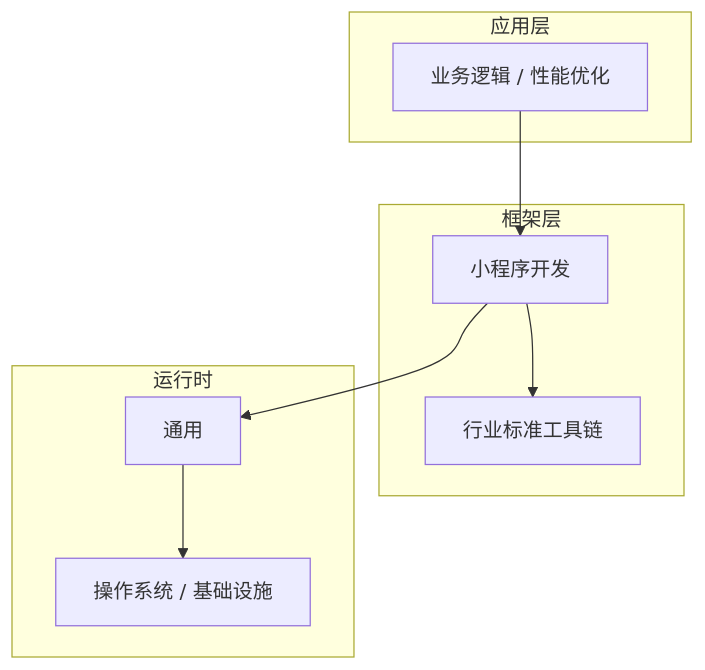
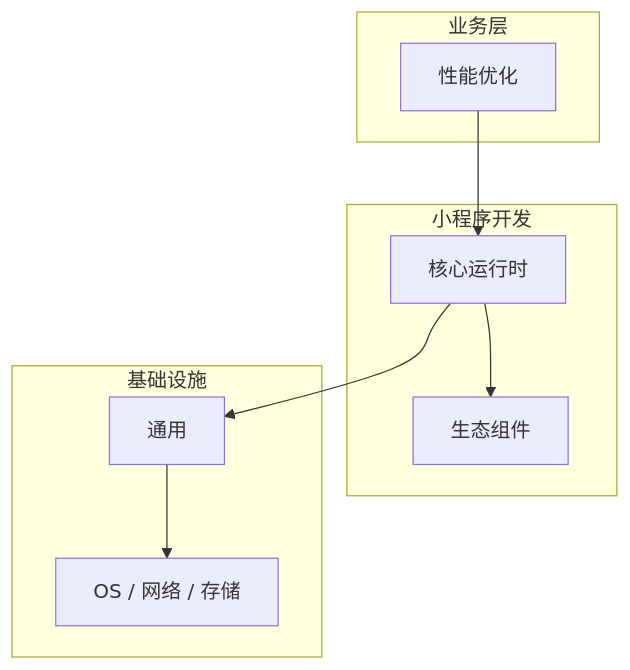
One commit to yanggan2015/knowledge-json-v2 changed the diagram in articles/小程序开发/chapters/051-性能优化核心概念与原理.md. Above: the diagram before and after it, drawn with Mermaid. The commit also changed other lines of this file and 10127 other files, not shown here.

````diff
--- a/articles/小程序开发/chapters/051-性能优化核心概念与原理.md
+++ b/articles/小程序开发/chapters/051-性能优化核心概念与原理.md
@@ -45,18 +34,18 @@
 ```mermaid
 graph TB
-    subgraph 应用层
-        A[业务逻辑 / 性能优化]
+    subgraph 业务层
+        A[性能优化]
     end
-    subgraph 框架层
-        B[小程序开发]
-        C[行业标准工具链]
+    subgraph 小程序开发
+        B[核心运行时]
+        C[生态组件]
     end
-    subgraph 运行时
+    subgraph 基础设施
         D[通用]
-        E[操作系统 / 基础设施]
+        E[OS / 网络 / 存储]
     end
     A --> B
     B --> C
     B --> D
     D --> E
 ```
````
